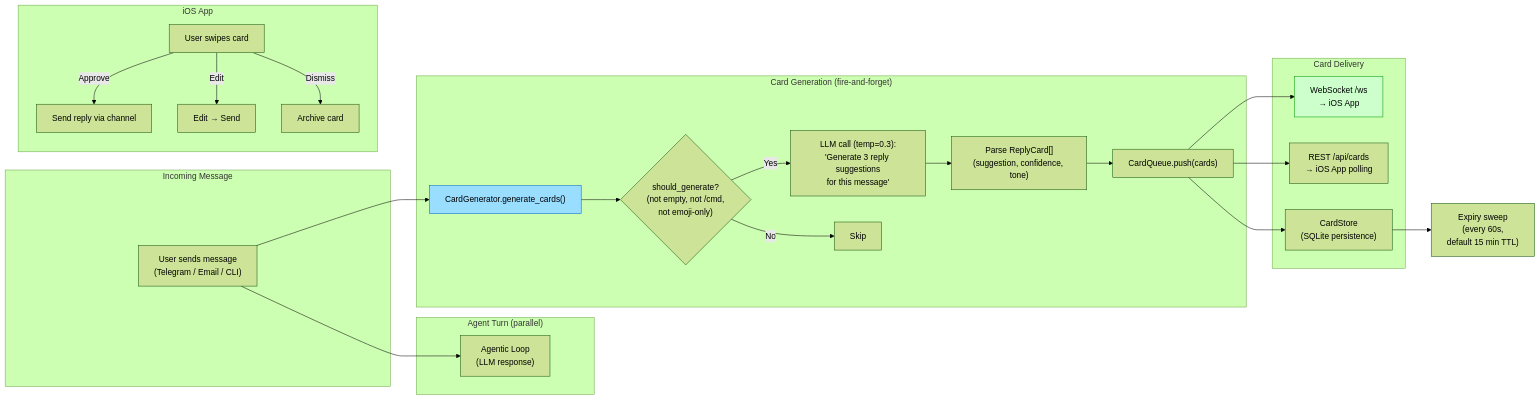
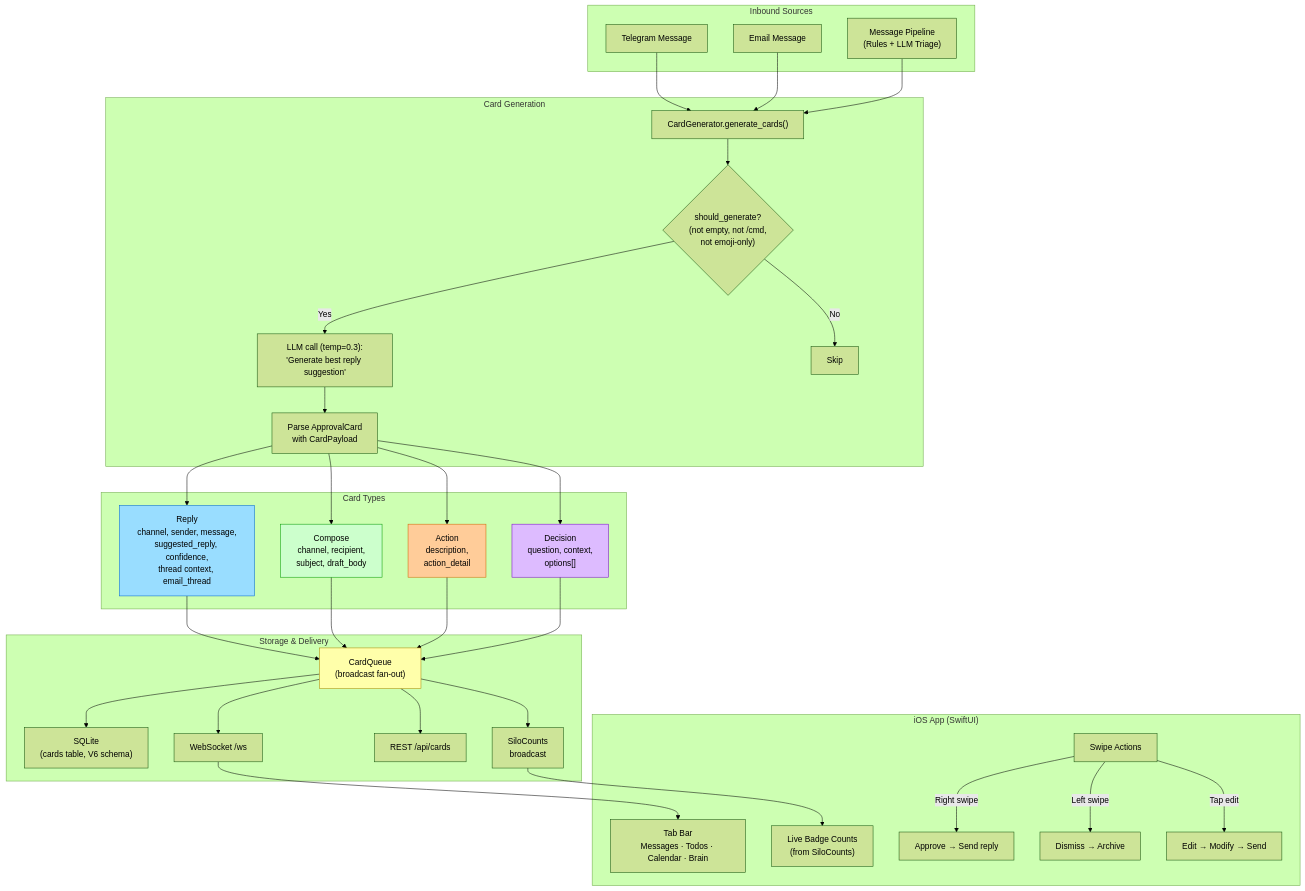
Before and after one commit to ith-harvey/ai-assist: the eighth of 14 diagrams in docs/agent-loop-architecture.md, drawn with Mermaid (forest theme). The commit also changed other lines of this file and 1 other file, not shown here.

First line of the commit message:
docs: comprehensive README and architecture update

````diff
--- a/docs/agent-loop-architecture.md
+++ b/docs/agent-loop-architecture.md
@@ -390,40 +395,68 @@
 ```mermaid
-flowchart LR
-    subgraph "Incoming Message"
-        MSG["User sends message<br/>(Telegram / Email / CLI)"]
+flowchart TD
+    subgraph "Inbound Sources"
+        TG["Telegram Message"]
+        EMAIL["Email Message"]
+        PIPE["Message Pipeline<br/>(Rules + LLM Triage)"]
     end
 
-    subgraph "Agent Turn (parallel)"
-        AGENTIC["Agentic Loop<br/>(LLM response)"]
+    subgraph "Card Generation"
+        GEN["CardGenerator.generate_cards()"]
+        GEN --> SHOULD{"should_generate?<br/>(not empty, not /cmd,<br/>not emoji-only)"}
+        SHOULD -->|"Yes"| LLM_CARDS["LLM call (temp=0.3):<br/>'Generate best reply suggestion'"]
+        SHOULD -->|"No"| SKIP["Skip"]
+        LLM_CARDS --> PARSE["Parse ApprovalCard<br/>with CardPayload"]
     end
 
-    subgraph "Card Generation (fire-and-forget)"
-        GEN["CardGenerator.generate_cards()"]
-        GEN --> SHOULD{"should_generate?<br/>(not empty, not /cmd,<br/>not emoji-only)"}
-        SHOULD -->|"Yes"| LLM_CARDS["LLM call (temp=0.3):<br/>'Generate 3 reply suggestions<br/>for this message'"]
-        SHOULD -->|"No"| SKIP["Skip"]
-        LLM_CARDS --> PARSE["Parse ReplyCard[]<br/>(suggestion, confidence, tone)"]
-        PARSE --> QUEUE["CardQueue.push(cards)"]
+    subgraph "Card Types"
+        REPLY["Reply<br/>channel, sender, message,<br/>suggested_reply, confidence,<br/>thread context, email_thread"]
+        COMPOSE["Compose<br/>channel, recipient,<br/>subject, draft_body"]
+        ACTION["Action<br/>description,<br/>action_detail"]
+        DECISION["Decision<br/>question, context,<br/>options[]"]
     end
 
-    subgraph "Card Delivery"
-        QUEUE --> WS["WebSocket /ws<br/>→ iOS App"]
-        QUEUE --> REST["REST /api/cards<br/>→ iOS App polling"]
-        QUEUE --> STORE["CardStore<br/>(SQLite persistence)"]
+    subgraph "Storage & Delivery"
+        QUEUE["CardQueue<br/>(broadcast fan-out)"]
+        DB_STORE["SQLite<br/>(cards table, V6 schema)"]
+        WS["WebSocket /ws"]
+        REST["REST /api/cards"]
+        SILO["SiloCounts<br/>broadcast"]
     end
 
-    subgraph "iOS App"
-        SWIPE["User swipes card"]
-        SWIPE -->|"Approve"| SEND["Send reply via channel"]
-        SWIPE -->|"Edit"| EDIT["Edit → Send"]
-        SWIPE -->|"Dismiss"| ARCHIVE["Archive card"]
+    subgraph "iOS App (SwiftUI)"
+        TABS["Tab Bar<br/>Messages · Todos · Calendar · Brain"]
+        BADGES["Live Badge Counts<br/>(from SiloCounts)"]
+        SWIPE["Swipe Actions"]
+        SWIPE -->|"Right swipe"| APPROVE["Approve → Send reply"]
+        SWIPE -->|"Left swipe"| DISMISS["Dismiss → Archive"]
+        SWIPE -->|"Tap edit"| EDIT["Edit → Modify → Send"]
     end
 
-    MSG --> AGENTIC
-    MSG --> GEN
+    TG --> GEN
+    EMAIL --> GEN
+    PIPE --> GEN
 
-    STORE --> EXPIRY["Expiry sweep<br/>(every 60s,<br/>default 15 min TTL)"]
+    PARSE --> REPLY
+    PARSE --> COMPOSE
+    PARSE --> ACTION
+    PARSE --> DECISION
 
-    style GEN fill:#99ddff,stroke:#0066cc
-    style WS fill:#ccffcc,stroke:#009900
+    REPLY --> QUEUE
+    COMPOSE --> QUEUE
+    ACTION --> QUEUE
+    DECISION --> QUEUE
+
+    QUEUE --> DB_STORE
+    QUEUE --> WS
+    QUEUE --> REST
+    QUEUE --> SILO
+
+    WS --> TABS
+    SILO --> BADGES
+
+    style REPLY fill:#99ddff,stroke:#0066cc
+    style COMPOSE fill:#ccffcc,stroke:#009900
+    style ACTION fill:#ffcc99,stroke:#cc6600
+    style DECISION fill:#ddbbff,stroke:#7700cc
+    style QUEUE fill:#ffffaa,stroke:#aa8800
 ```
````
